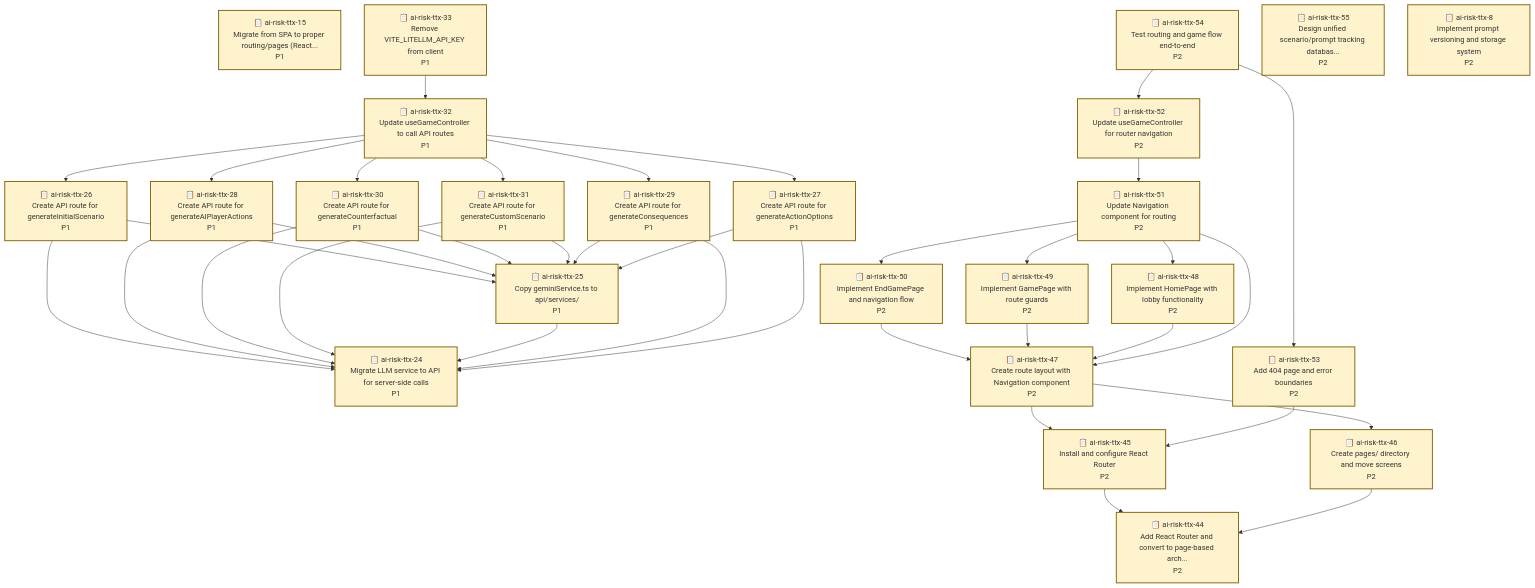
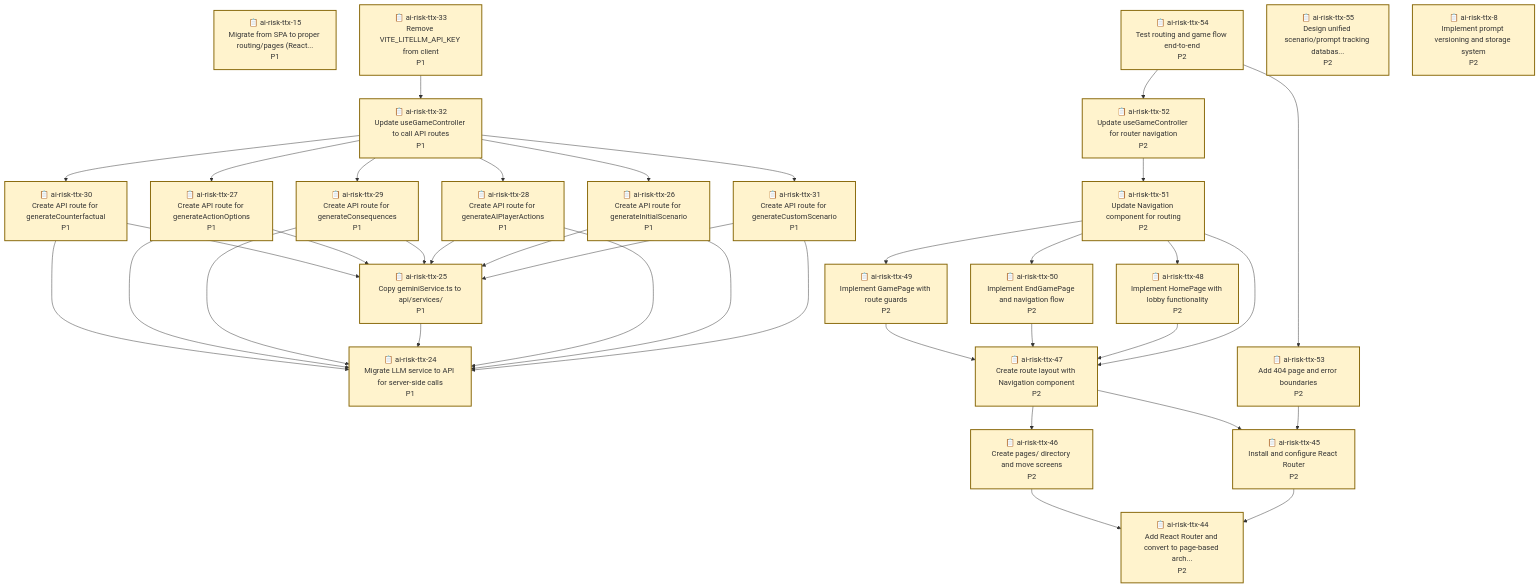
Before and after one commit to bhi5hmaraj/ai-risk-ttx: the diagram in .beads/graph.md, drawn with Mermaid. The commit also changed other lines of this file and 3 other files, not shown here.

````diff
--- a/.beads/graph.md
+++ b/.beads/graph.md
@@ -49,39 +49,39 @@
     ai-risk-ttx-8["📋 ai-risk-ttx-8<br/>Implement prompt versioning and storage system<br/>P2"]
     style ai-risk-ttx-8 fill:#fff3cd,stroke:#856404,stroke-width:2px
 
-    ai-risk-ttx-45 --> ai-risk-ttx-44
-    ai-risk-ttx-26 --> ai-risk-ttx-24
-    ai-risk-ttx-26 --> ai-risk-ttx-25
-    ai-risk-ttx-28 --> ai-risk-ttx-24
-    ai-risk-ttx-28 --> ai-risk-ttx-25
-    ai-risk-ttx-30 --> ai-risk-ttx-24
-    ai-risk-ttx-30 --> ai-risk-ttx-25
+    ai-risk-ttx-33 --> ai-risk-ttx-32
     ai-risk-ttx-46 --> ai-risk-ttx-44
-    ai-risk-ttx-33 --> ai-risk-ttx-32
-    ai-risk-ttx-54 --> ai-risk-ttx-52
-    ai-risk-ttx-54 --> ai-risk-ttx-53
-    ai-risk-ttx-31 --> ai-risk-ttx-24
-    ai-risk-ttx-31 --> ai-risk-ttx-25
-    ai-risk-ttx-47 --> ai-risk-ttx-45
-    ai-risk-ttx-47 --> ai-risk-ttx-46
-    ai-risk-ttx-50 --> ai-risk-ttx-47
-    ai-risk-ttx-25 --> ai-risk-ttx-24
     ai-risk-ttx-49 --> ai-risk-ttx-47
-    ai-risk-ttx-52 --> ai-risk-ttx-51
-    ai-risk-ttx-48 --> ai-risk-ttx-47
     ai-risk-ttx-32 --> ai-risk-ttx-26
     ai-risk-ttx-32 --> ai-risk-ttx-27
     ai-risk-ttx-32 --> ai-risk-ttx-28
     ai-risk-ttx-32 --> ai-risk-ttx-29
     ai-risk-ttx-32 --> ai-risk-ttx-30
     ai-risk-ttx-32 --> ai-risk-ttx-31
-    ai-risk-ttx-53 --> ai-risk-ttx-45
+    ai-risk-ttx-30 --> ai-risk-ttx-24
+    ai-risk-ttx-30 --> ai-risk-ttx-25
+    ai-risk-ttx-50 --> ai-risk-ttx-47
+    ai-risk-ttx-27 --> ai-risk-ttx-24
+    ai-risk-ttx-27 --> ai-risk-ttx-25
+    ai-risk-ttx-45 --> ai-risk-ttx-44
+    ai-risk-ttx-47 --> ai-risk-ttx-45
+    ai-risk-ttx-47 --> ai-risk-ttx-46
     ai-risk-ttx-29 --> ai-risk-ttx-24
     ai-risk-ttx-29 --> ai-risk-ttx-25
-    ai-risk-ttx-27 --> ai-risk-ttx-24
-    ai-risk-ttx-27 --> ai-risk-ttx-25
+    ai-risk-ttx-48 --> ai-risk-ttx-47
+    ai-risk-ttx-25 --> ai-risk-ttx-24
+    ai-risk-ttx-54 --> ai-risk-ttx-52
+    ai-risk-ttx-54 --> ai-risk-ttx-53
+    ai-risk-ttx-53 --> ai-risk-ttx-45
+    ai-risk-ttx-28 --> ai-risk-ttx-24
+    ai-risk-ttx-28 --> ai-risk-ttx-25
+    ai-risk-ttx-26 --> ai-risk-ttx-24
+    ai-risk-ttx-26 --> ai-risk-ttx-25
     ai-risk-ttx-51 --> ai-risk-ttx-47
     ai-risk-ttx-51 --> ai-risk-ttx-48
     ai-risk-ttx-51 --> ai-risk-ttx-49
     ai-risk-ttx-51 --> ai-risk-ttx-50
+    ai-risk-ttx-52 --> ai-risk-ttx-51
+    ai-risk-ttx-31 --> ai-risk-ttx-24
+    ai-risk-ttx-31 --> ai-risk-ttx-25
 ```
````
